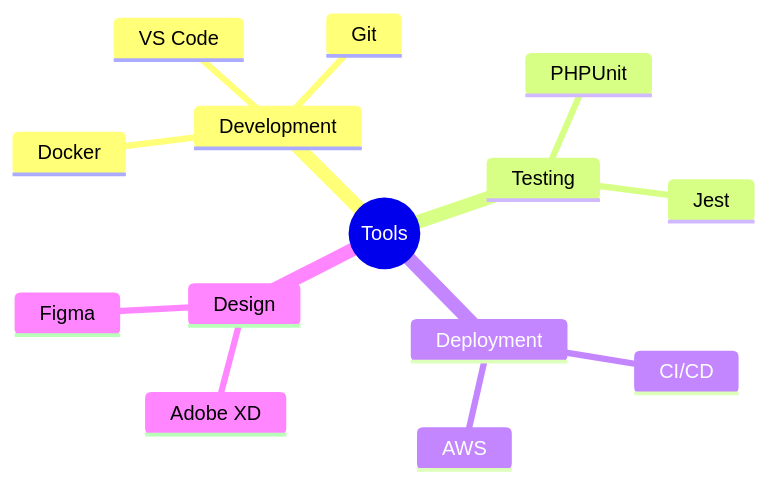
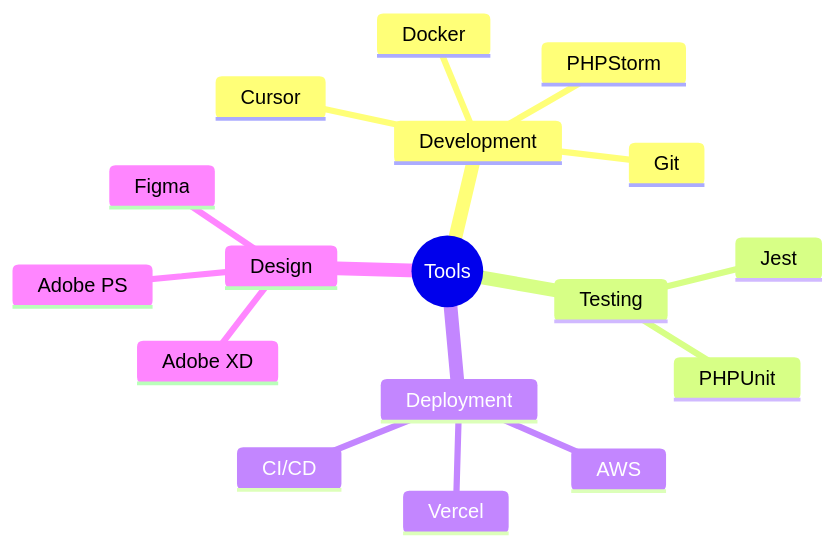
The diagram in README.md (PasperFection/PasperFection), drawn with Mermaid before and after one commit. The commit also changed other lines of this file, not shown here.

````diff
--- a/README.md
+++ b/README.md
@@ -39,17 +35,20 @@
 ```mermaid
 mindmap
   root((Tools))
     Development
-      VS Code
+      Cursor
+      PHPStorm
       Git
       Docker
     Testing
       Jest
       PHPUnit
     Deployment
       CI/CD
       AWS
+      Vercel
     Design
       Figma
       Adobe XD
+      Adobe PS
 ```
````
